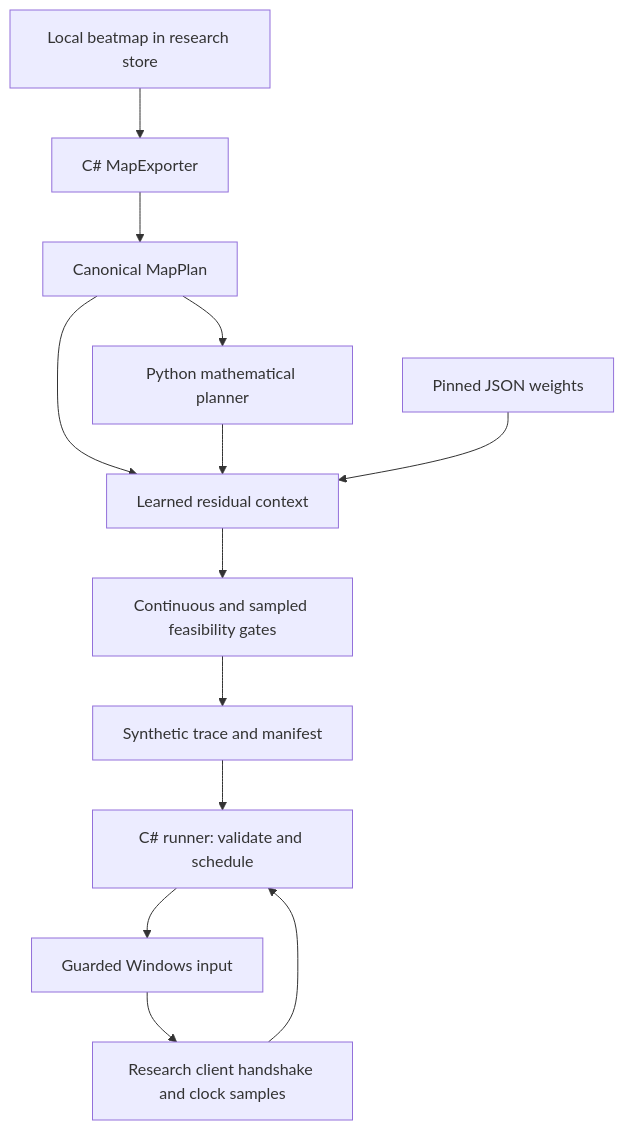
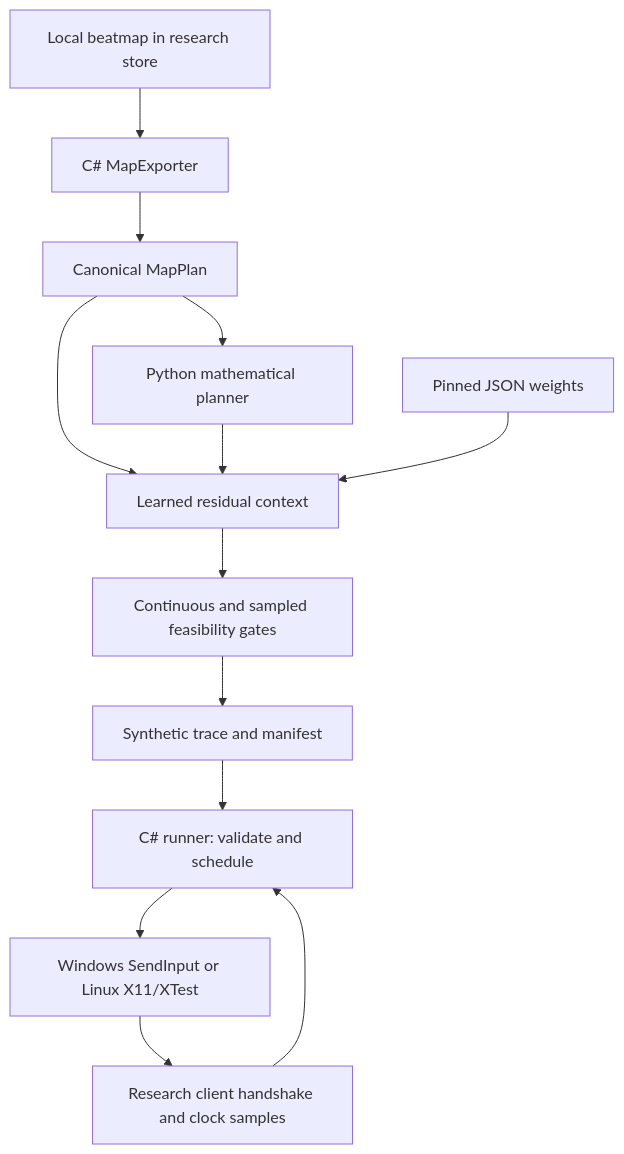
Before and after one commit to Enterlessguy/OSU-HSR: the diagram in docs/TECHNICAL_GUIDE.md, drawn with Mermaid. The commit also changed other lines of this file and 24 other files, not shown here.

````diff
--- a/docs/TECHNICAL_GUIDE.md
+++ b/docs/TECHNICAL_GUIDE.md
@@ -141,15 +149,15 @@
 ```mermaid
 flowchart TD
     M[Local beatmap in research store] --> E[C# MapExporter]
     E --> P[Canonical MapPlan]
     P --> B[Python mathematical planner]
     P --> C[Learned residual context]
     B --> C
     W[Pinned JSON weights] --> C
     C --> G[Continuous and sampled feasibility gates]
     G --> T[Synthetic trace and manifest]
     T --> R[C# runner: validate and schedule]
     H[Research client handshake and clock samples] --> R
-    R --> I[Guarded Windows input]
+    R --> I[Windows SendInput or Linux X11/XTest]
     I --> H
 ```
````
